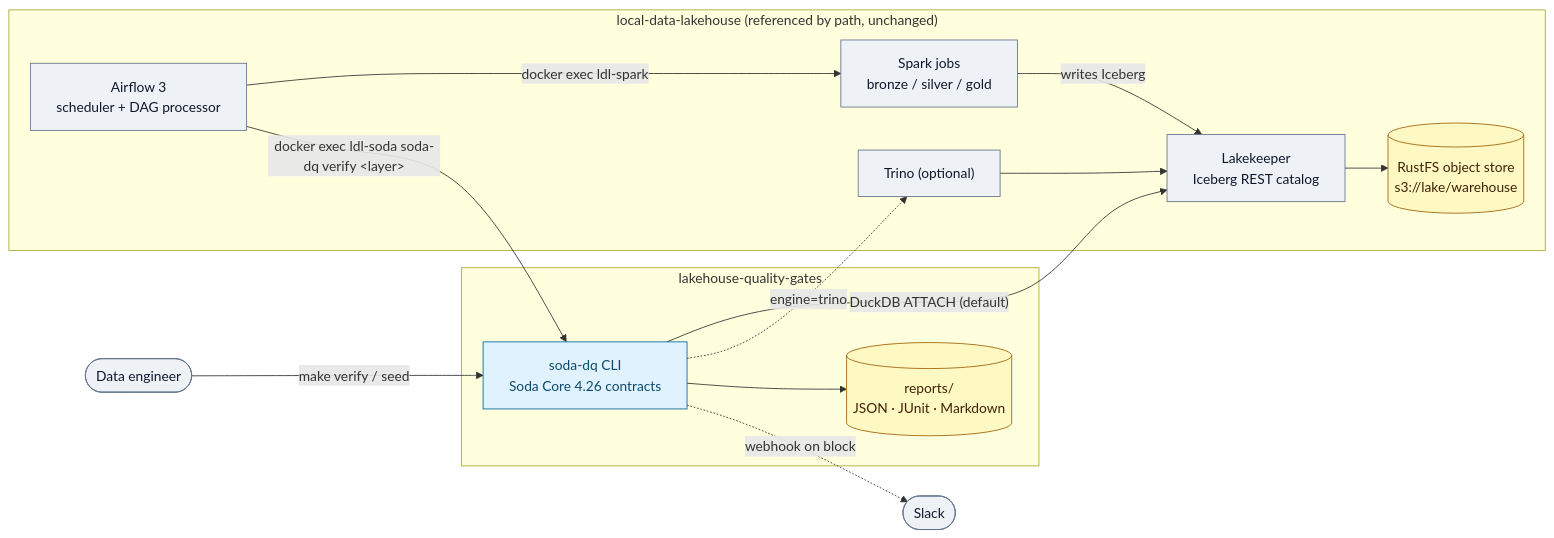
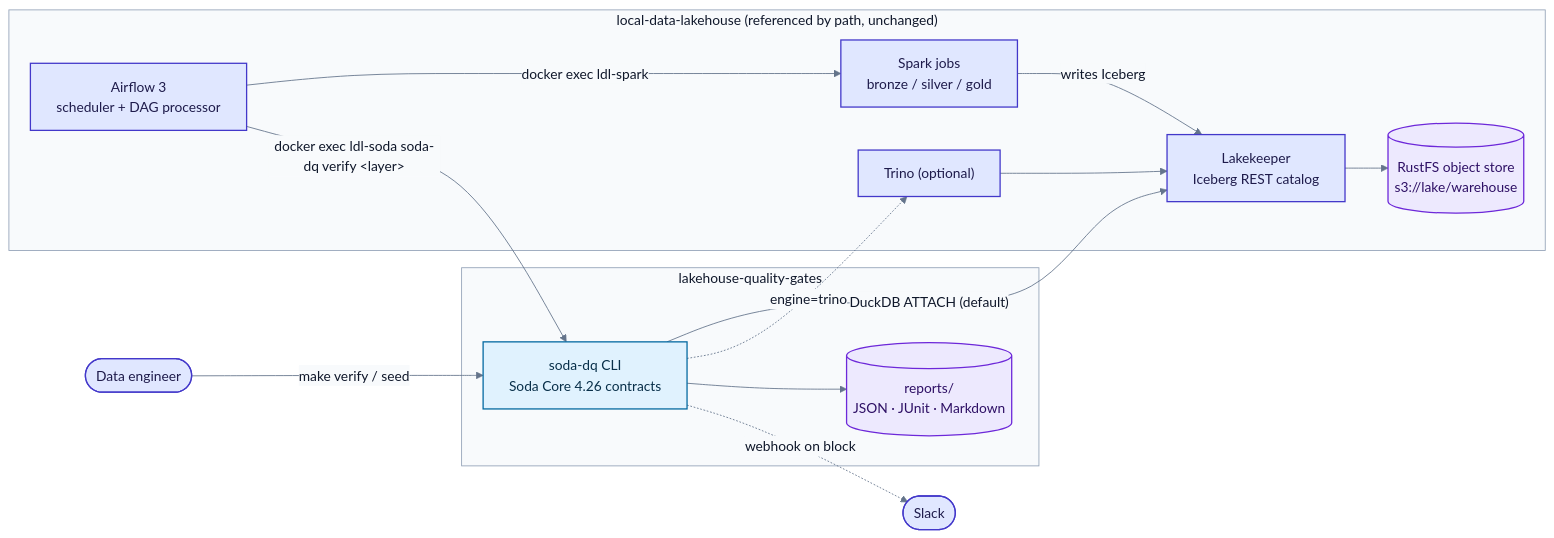
The second of 9 diagrams in docs/architecture.md (santoshshinde2012/lakehouse-quality-gates), drawn with Mermaid before and after one commit. The commit also changed other lines of this file and 20 other files, not shown here.

Commit message:
docs: overhaul README and architecture diagrams

````diff
--- a/docs/architecture.md
+++ b/docs/architecture.md
@@ -9,31 +83,34 @@
 ```mermaid
+%%{init: {"theme": "base", "themeVariables": {"fontFamily": "Inter, Segoe UI, Helvetica, Arial, sans-serif", "lineColor": "#64748b", "primaryTextColor": "#0f172a", "primaryColor": "#e0e7ff", "primaryBorderColor": "#4338ca", "secondaryColor": "#dcfce7", "tertiaryColor": "#f8fafc", "edgeLabelBackground": "#f8fafc", "actorBkg": "#e0e7ff", "actorBorder": "#4338ca", "noteBkgColor": "#fef3c7", "noteBorderColor": "#b45309", "signalColor": "#334155", "signalTextColor": "#0f172a"}}}%%
 flowchart LR
   ENG(["Data engineer"]):::ext
   SL(["Slack"]):::ext
   subgraph LDL["local-data-lakehouse (referenced by path, unchanged)"]
     AF["Airflow 3<br/>scheduler + DAG processor"]:::ext
     SP["Spark jobs<br/>bronze / silver / gold"]:::ext
     LK["Lakekeeper<br/>Iceberg REST catalog"]:::ext
     TR["Trino (optional)"]:::ext
     OS[("RustFS object store<br/>s3://lake/warehouse")]:::store
   end
   subgraph DQ["lakehouse-quality-gates"]
     CLI["soda-dq CLI<br/>Soda Core 4.26 contracts"]:::dq
     REP[("reports/<br/>JSON · JUnit · Markdown")]:::store
   end
   ENG -- "make verify / seed" --> CLI
   AF -- "docker exec ldl-spark" --> SP
   AF -- "docker exec ldl-soda soda-dq verify &lt;layer&gt;" --> CLI
   SP -- "writes Iceberg" --> LK
   CLI -- "DuckDB ATTACH (default)" --> LK
   CLI -. "engine=trino" .-> TR
   TR --> LK
   LK --> OS
   CLI --> REP
   CLI -. "webhook on block" .-> SL
-  classDef ext fill:#eef2f7,stroke:#64748b,color:#0f172a
-  classDef dq fill:#e0f2fe,stroke:#0369a1,color:#0c4a6e
-  classDef store fill:#fef9c3,stroke:#a16207,color:#422006
-  classDef gate fill:#dcfce7,stroke:#15803d,color:#14532d
-  classDef fail fill:#fee2e2,stroke:#b91c1c,color:#7f1d1d
+  classDef ext fill:#e0e7ff,stroke:#4338ca,stroke-width:1.5px,color:#1e1b4b
+  classDef dq fill:#e0f2fe,stroke:#0369a1,stroke-width:1.5px,color:#082f49
+  classDef store fill:#ede9fe,stroke:#6d28d9,stroke-width:1.5px,color:#2e1065
+  classDef gate fill:#dcfce7,stroke:#15803d,stroke-width:1.5px,color:#052e16
+  classDef fail fill:#fee2e2,stroke:#b91c1c,stroke-width:1.5px,color:#450a0a
+  style LDL fill:#f8fafc,stroke:#94a3b8,color:#0f172a
+  style DQ fill:#f8fafc,stroke:#94a3b8,color:#0f172a
 ```
````
